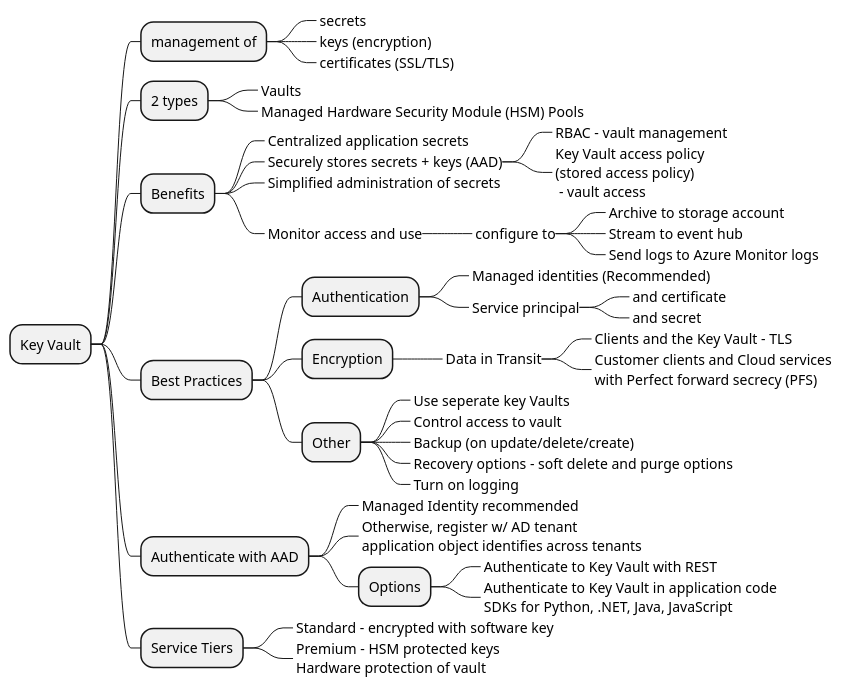
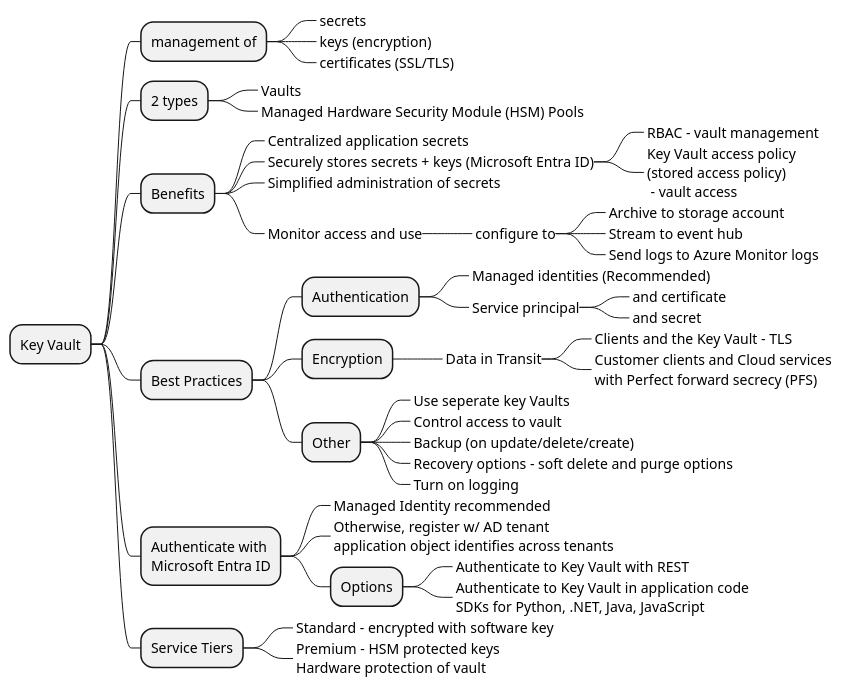
One commit to bobbyache/AZ-204 changed the diagram in 05 - secure-solutions/diagrams/security-keyvault.plantuml. Above: the diagram before and after it, drawn with PlantUML. The commit also changed 2 other files, not shown here.

```diff
--- a/05 - secure-solutions/diagrams/security-keyvault.plantuml
+++ b/05 - secure-solutions/diagrams/security-keyvault.plantuml
@@ -1,50 +1,50 @@
 @startmindmap "Key Vault"
 
 + Key Vault
 ++ management of
 +++_ secrets
 +++_ keys (encryption)
 +++_ certificates (SSL/TLS)
 ++ 2 types
 +++_ Vaults
 +++_ Managed Hardware Security Module (HSM) Pools
 
 ++ Benefits
 +++_ Centralized application secrets
-+++_ Securely stores secrets + keys (AAD)
++++_ Securely stores secrets + keys (Microsoft Entra ID)
 ++++_ RBAC - vault management
 ++++_ Key Vault access policy\n(stored access policy)\n - vault access
 +++_ Simplified administration of secrets
 +++_ Monitor access and use
 ++++_ configure to
 +++++_ Archive to storage account
 +++++_ Stream to event hub
 +++++_ Send logs to Azure Monitor logs
 
 ++ Best Practices
 +++ Authentication
 ++++_ Managed identities (Recommended)
 ++++_ Service principal
 +++++_ and certificate
 +++++_ and secret
 +++ Encryption
 ++++_ Data in Transit
 +++++_ Clients and the Key Vault - TLS
 +++++_ Customer clients and Cloud services\nwith Perfect forward secrecy (PFS)
 +++ Other
 ++++_ Use seperate key Vaults
 ++++_ Control access to vault
 ++++_ Backup (on update/delete/create)
 ++++_ Recovery options - soft delete and purge options
 ++++_ Turn on logging
-++ Authenticate with AAD
+++ Authenticate with\nMicrosoft Entra ID
 +++_ Managed Identity recommended
 +++_ Otherwise, register w/ AD tenant\napplication object identifies across tenants
 +++ Options
 ++++_ Authenticate to Key Vault with REST
 ++++_ Authenticate to Key Vault in application code\nSDKs for Python, .NET, Java, JavaScript
 ++ Service Tiers
 +++_ Standard - encrypted with software key
 +++_ Premium - HSM protected keys\nHardware protection of vault
 
 @endmindmap
```
